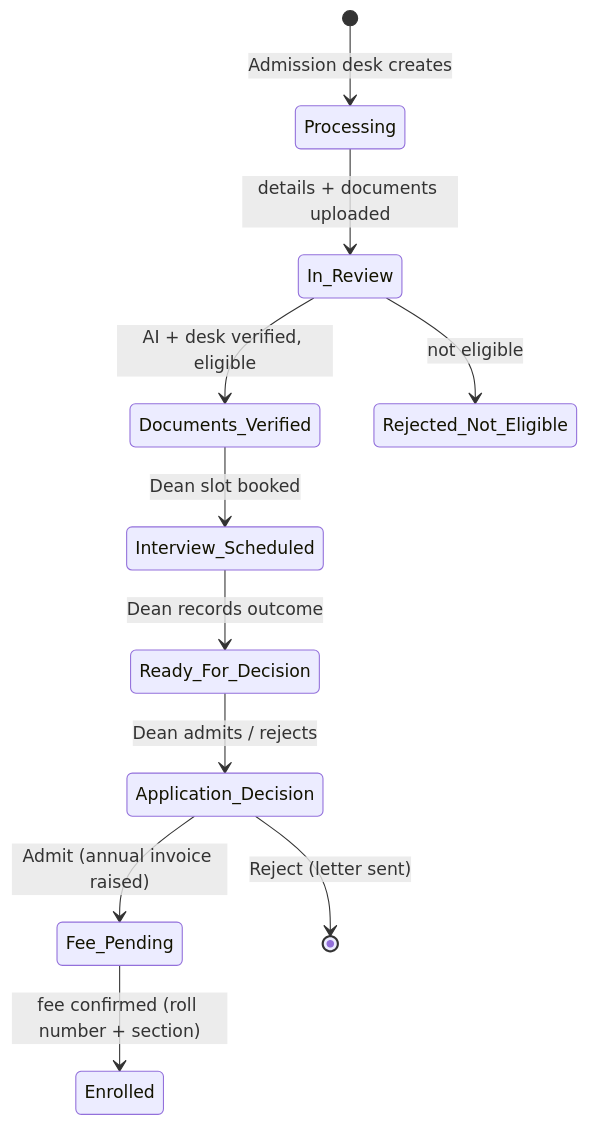
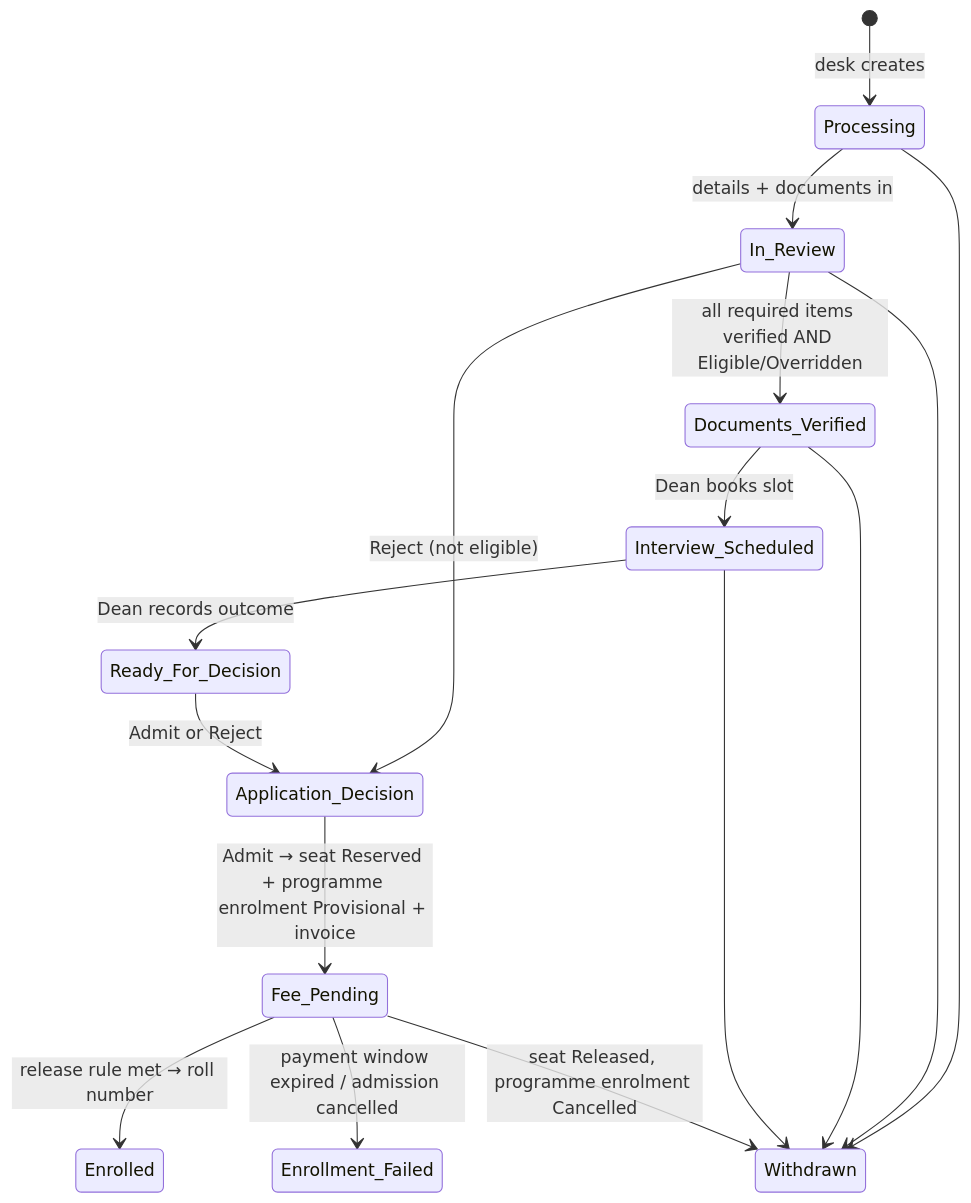
The third of 5 diagrams in docs/COLLEGE-DESIGN.md (PavaS279/Kasetti-Education-Management), drawn with Mermaid before and after one commit. The commit also changed other lines of this file and 3 other files, not shown here.

First line of the commit message:
Docs: college design version 2 (C0 technical architecture), ADR-005 proposed

````diff
--- a/docs/COLLEGE-DESIGN.md
+++ b/docs/COLLEGE-DESIGN.md
@@ -243,13 +277,18 @@
 ```mermaid
 stateDiagram-v2
-    [*] --> Processing: Admission desk creates
-    Processing --> In_Review: details + documents uploaded
-    In_Review --> Documents_Verified: AI + desk verified, eligible
-    In_Review --> Rejected_Not_Eligible: not eligible
-    Documents_Verified --> Interview_Scheduled: Dean slot booked
+    [*] --> Processing: desk creates
+    Processing --> In_Review: details + documents in
+    In_Review --> Documents_Verified: all required items verified AND Eligible/Overridden
+    In_Review --> Application_Decision: Reject (not eligible)
+    Documents_Verified --> Interview_Scheduled: Dean books slot
     Interview_Scheduled --> Ready_For_Decision: Dean records outcome
-    Ready_For_Decision --> Application_Decision: Dean admits / rejects
-    Application_Decision --> Fee_Pending: Admit (annual invoice raised)
-    Fee_Pending --> Enrolled: fee confirmed (roll number + section)
-    Application_Decision --> [*]: Reject (letter sent)
+    Ready_For_Decision --> Application_Decision: Admit or Reject
+    Application_Decision --> Fee_Pending: Admit → seat Reserved + programme enrolment Provisional + invoice
+    Fee_Pending --> Enrolled: release rule met → roll number
+    Fee_Pending --> Enrollment_Failed: payment window expired / admission cancelled
+    Processing --> Withdrawn
+    In_Review --> Withdrawn
+    Documents_Verified --> Withdrawn
+    Interview_Scheduled --> Withdrawn
+    Fee_Pending --> Withdrawn: seat Released, programme enrolment Cancelled
 ```
````
